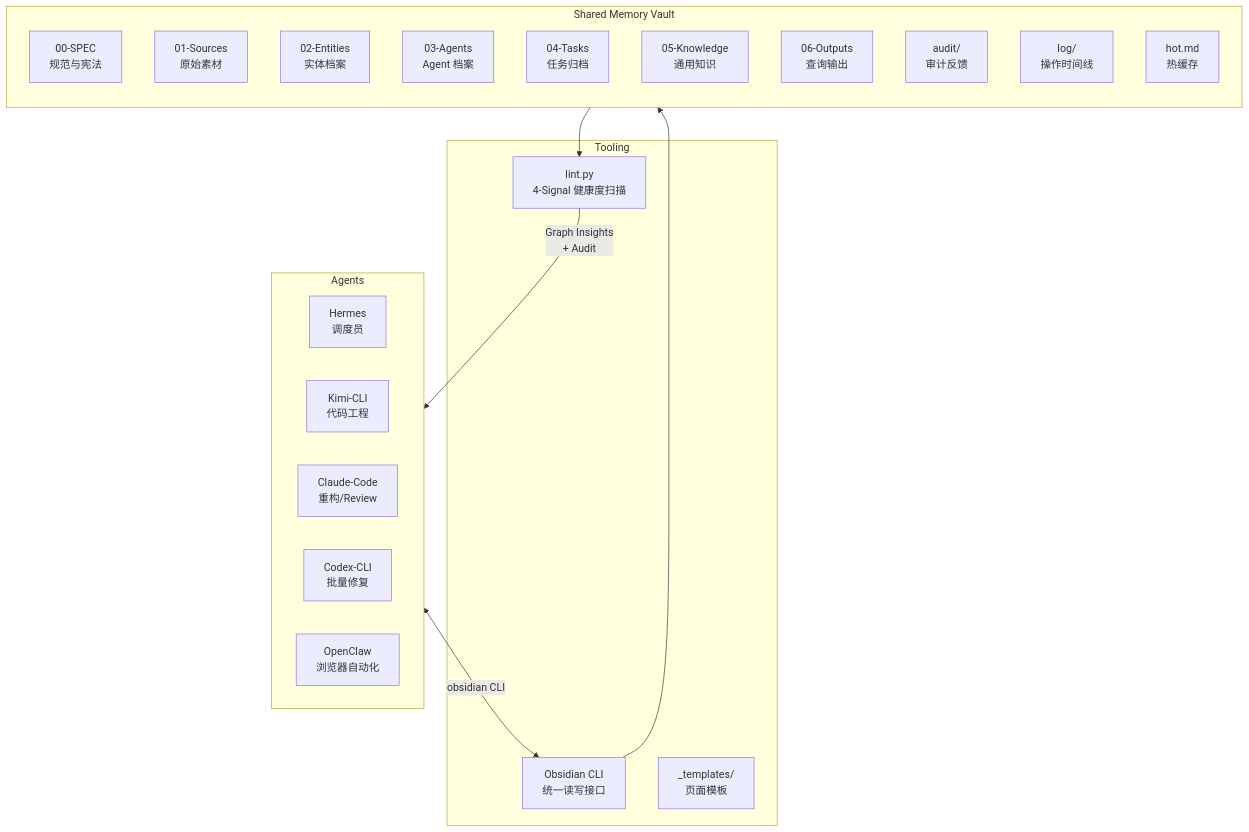
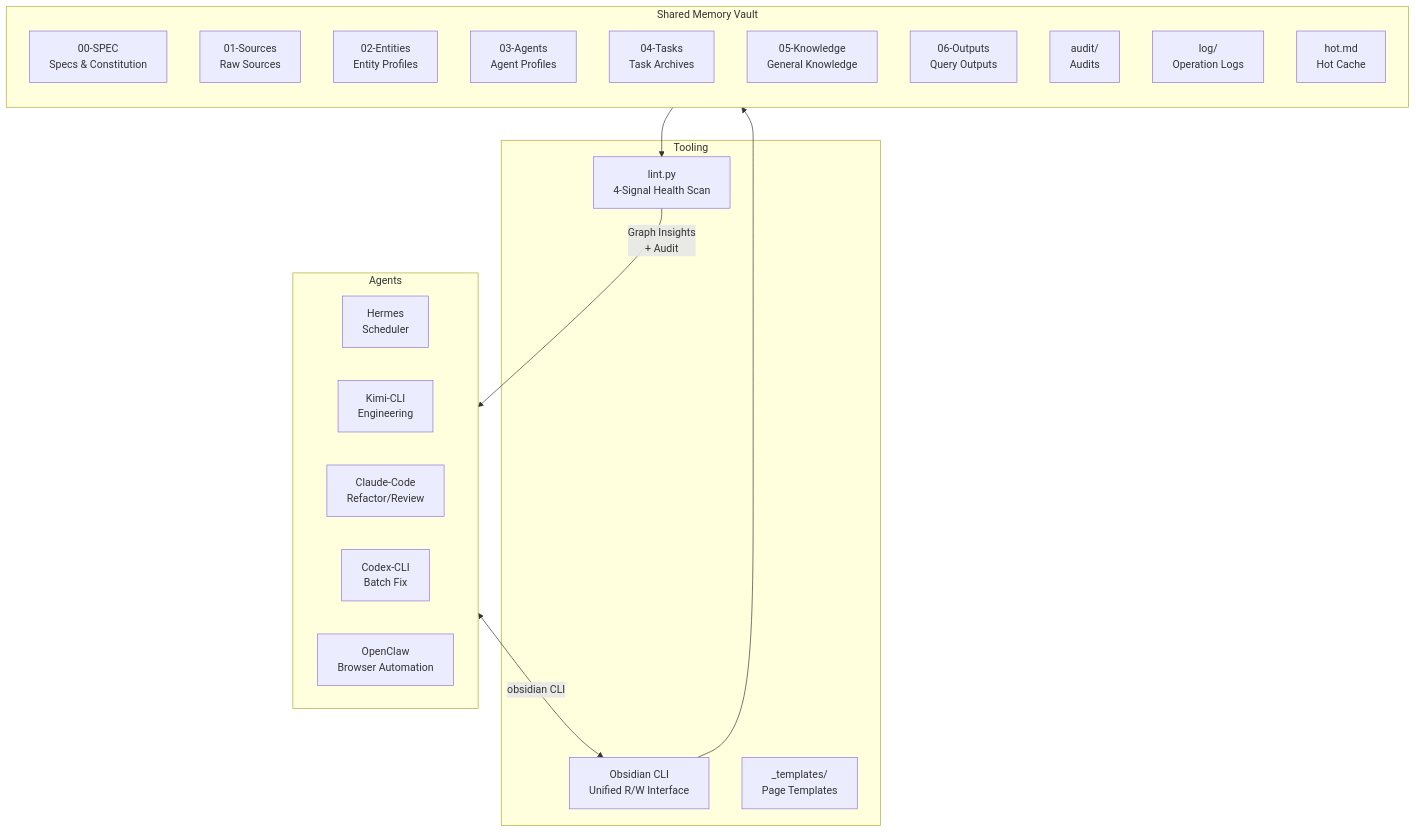
One commit to zhuanxqq/agent-shared-memory changed the first of 2 diagrams in README.md. Above: the diagram before and after it, drawn with Mermaid. The commit also changed other lines of this file, not shown here.

````diff
--- a/README.md
+++ b/README.md
@@ -34,35 +35,35 @@
 ```mermaid
 graph TB
     subgraph Agents
-        H[Hermes<br/>调度员]
-        K[Kimi-CLI<br/>代码工程]
-        C[Claude-Code<br/>重构/Review]
-        X[Codex-CLI<br/>批量修复]
-        O[OpenClaw<br/>浏览器自动化]
+        H[Hermes<br/>Scheduler]
+        K[Kimi-CLI<br/>Engineering]
+        C[Claude-Code<br/>Refactor/Review]
+        X[Codex-CLI<br/>Batch Fix]
+        O[OpenClaw<br/>Browser Automation]
     end
 
     subgraph SharedMemory[Shared Memory Vault]
         direction TB
-        SPEC[00-SPEC<br/>规范与宪法]
-        SRC[01-Sources<br/>原始素材]
-        ENT[02-Entities<br/>实体档案]
-        AGE[03-Agents<br/>Agent 档案]
-        TSK[04-Tasks<br/>任务归档]
-        KNL[05-Knowledge<br/>通用知识]
-        OUT[06-Outputs<br/>查询输出]
-        AUD[audit/<br/>审计反馈]
-        LOG[log/<br/>操作时间线]
-        HOT[hot.md<br/>热缓存]
+        SPEC[00-SPEC<br/>Specs & Constitution]
+        SRC[01-Sources<br/>Raw Sources]
+        ENT[02-Entities<br/>Entity Profiles]
+        AGE[03-Agents<br/>Agent Profiles]
+        TSK[04-Tasks<br/>Task Archives]
+        KNL[05-Knowledge<br/>General Knowledge]
+        OUT[06-Outputs<br/>Query Outputs]
+        AUD[audit/<br/>Audits]
+        LOG[log/<br/>Operation Logs]
+        HOT[hot.md<br/>Hot Cache]
     end
 
     subgraph Tooling
-        OBS[Obsidian CLI<br/>统一读写接口]
-        LINT[lint.py<br/>4-Signal 健康度扫描]
-        TMP[_templates/<br/>页面模板]
+        OBS[Obsidian CLI<br/>Unified R/W Interface]
+        LINT[lint.py<br/>4-Signal Health Scan]
+        TMP[_templates/<br/>Page Templates]
     end
 
     Agents <-->|obsidian CLI| OBS
     OBS --> SharedMemory
     SharedMemory --> LINT
     LINT -->|Graph Insights<br/>+ Audit| Agents
 ```
````
